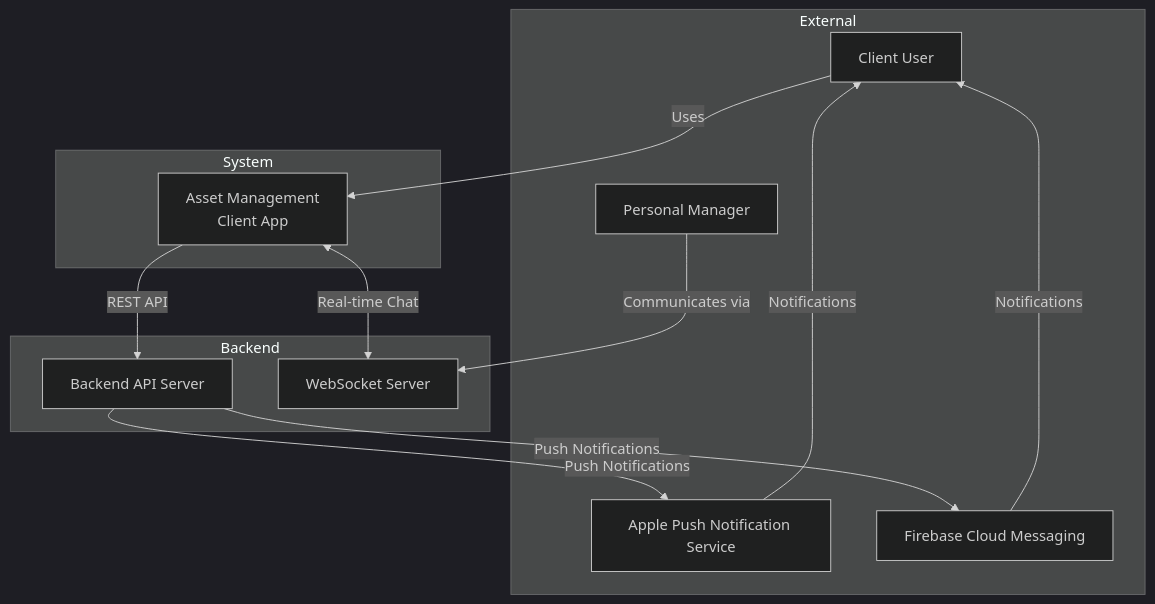
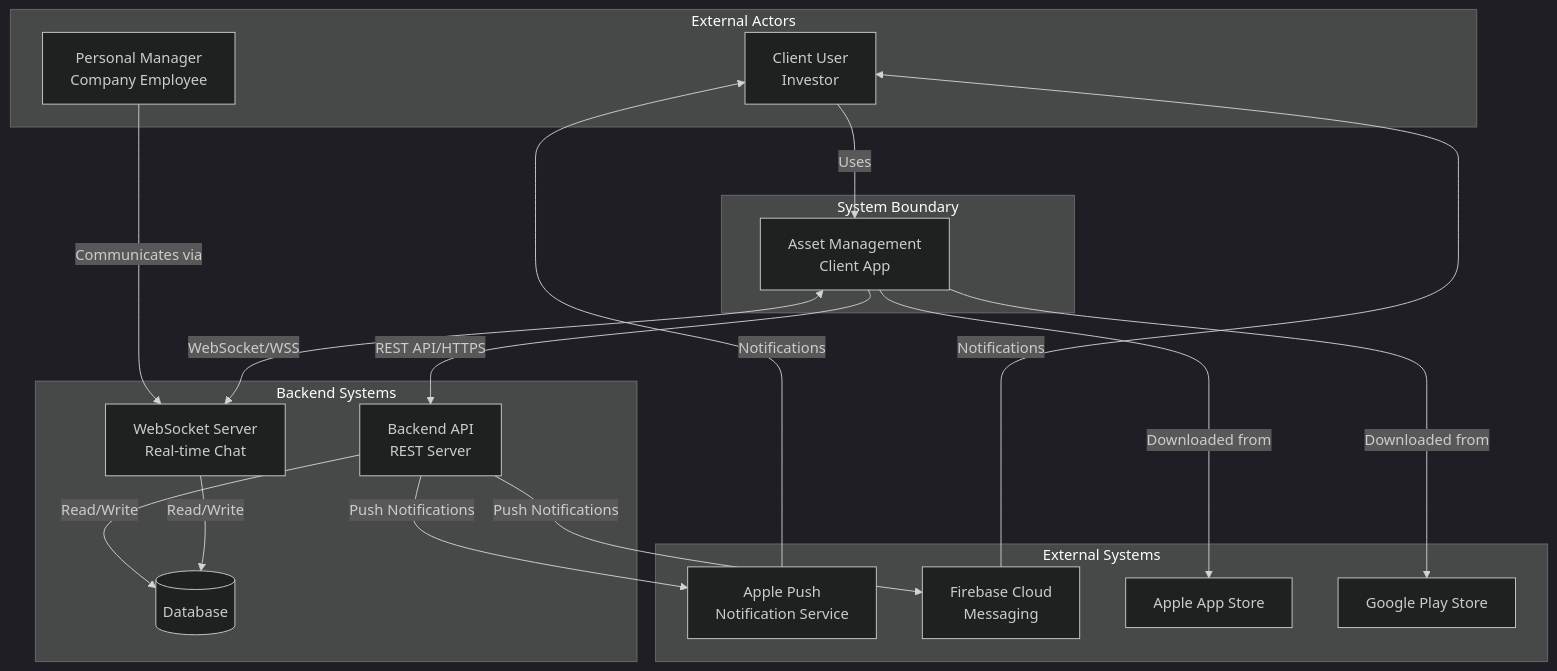
The first of 9 diagrams in docs/system-design.md (vovkins/agents-react-native-experiment), drawn with Mermaid (dark theme) before and after one commit. The commit also changed other lines of this file, not shown here.

````diff
--- a/docs/system-design.md
+++ b/docs/system-design.md
@@ -71,27 +70,37 @@
 ```mermaid
 graph TB
-    subgraph External
-        User[Client User]
-        Manager[Personal Manager]
-        APNS[Apple Push Notification Service]
-        FCM[Firebase Cloud Messaging]
+    subgraph "External Actors"
+        User[Client User<br/>Investor]
+        Manager[Personal Manager<br/>Company Employee]
     end
     
-    subgraph System
+    subgraph "External Systems"
+        APNS[Apple Push<br/>Notification Service]
+        FCM[Firebase Cloud<br/>Messaging]
+        AppStore[Apple App Store]
+        PlayStore[Google Play Store]
+    end
+    
+    subgraph "System Boundary"
         App[Asset Management<br/>Client App]
     end
     
-    subgraph Backend
-        API[Backend API Server]
-        WS[WebSocket Server]
+    subgraph "Backend Systems"
+        API[Backend API<br/>REST Server]
+        WS[WebSocket Server<br/>Real-time Chat]
+        DB[(Database)]
     end
     
     User -->|Uses| App
     Manager -->|Communicates via| WS
-    App -->|REST API| API
-    App <-->|Real-time Chat| WS
+    App -->|REST API/HTTPS| API
+    App <-->|WebSocket/WSS| WS
+    API -->|Read/Write| DB
+    WS -->|Read/Write| DB
     API -->|Push Notifications| APNS
     API -->|Push Notifications| FCM
     APNS -->|Notifications| User
     FCM -->|Notifications| User
+    App -->|Downloaded from| AppStore
+    App -->|Downloaded from| PlayStore
 ```
````
